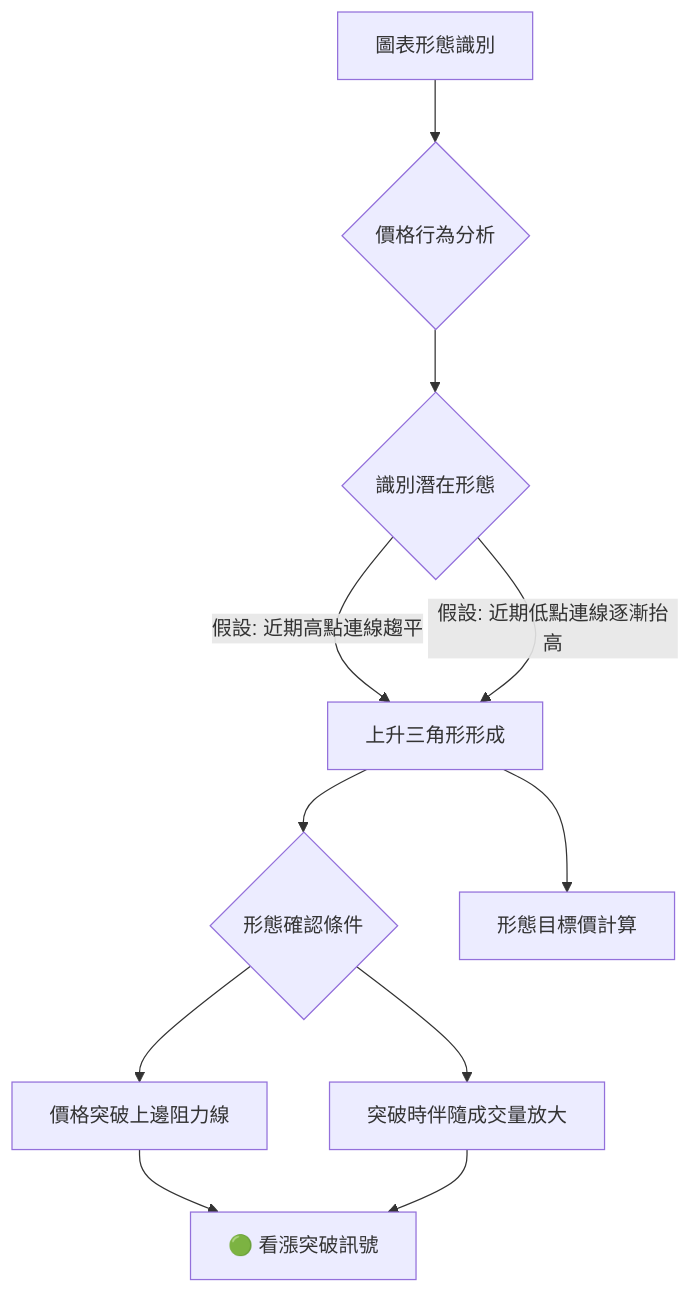
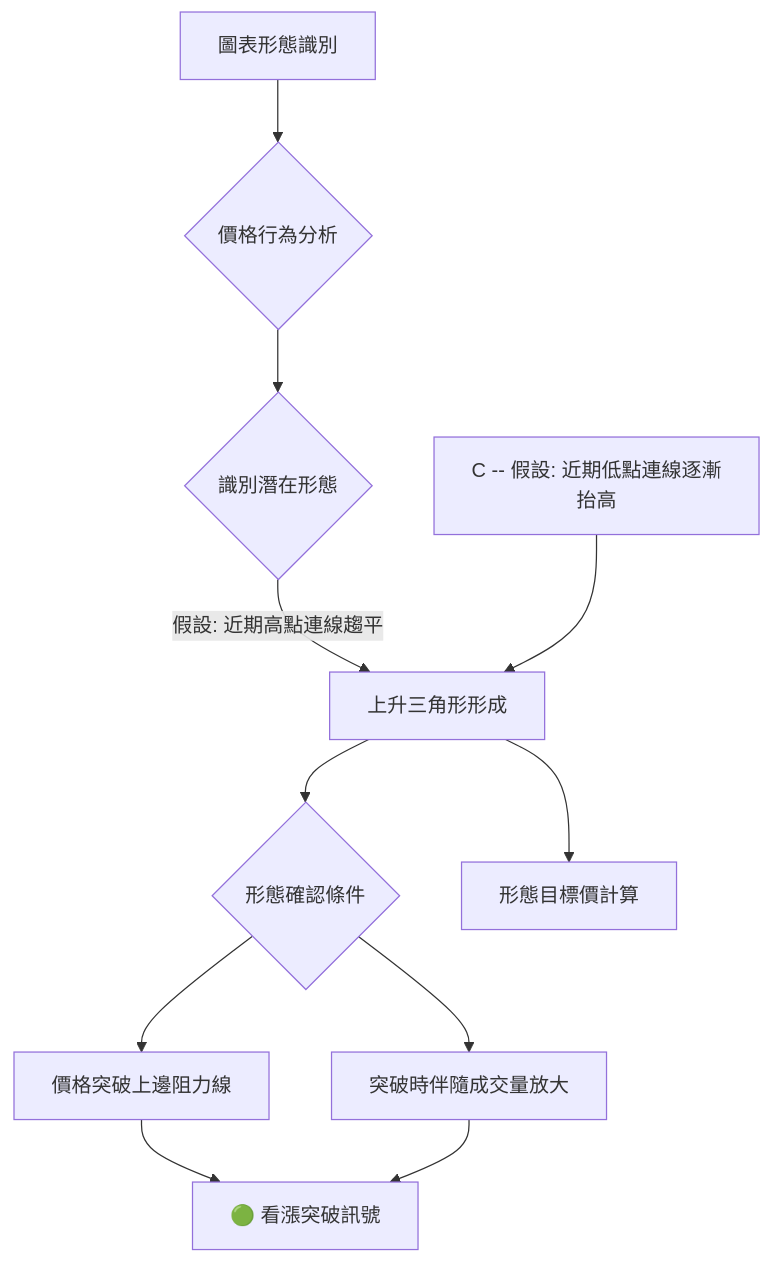
Before and after one commit to yennanliu/finance_data: the fourth of 11 diagrams in ai_gen_report/stock/0050/technical_analysis_2026-06-26_gemini.md, drawn with Mermaid. The commit also changed other lines of this file and 2258 other files, not shown here.

First line of the commit message:
chore: backfill Mermaid syntax repair across existing reports

````diff
--- a/ai_gen_report/stock/0050/technical_analysis_2026-06-26_gemini.md
+++ b/ai_gen_report/stock/0050/technical_analysis_2026-06-26_gemini.md
@@ -219,12 +219,12 @@
 ```mermaid
 graph TD
-    A[圖表形態識別] --> B{價格行為分析}
-    B --> C{識別潛在形態}
-    C -- 假設: 近期高點連線趨平 --> D[上升三角形形成]
-    C -- 假設: 近期低點連線逐漸抬高 --> D
-    D --> E{形態確認條件}
-    E --> F[價格突破上邊阻力線]
-    E --> G[突破時伴隨成交量放大]
-    F & G --> H[🟢 看漲突破訊號]
-    D --> I[形態目標價計算]
+    A["圖表形態識別"] --> B{"價格行為分析"}
+    B --> C{"識別潛在形態"}
+    C -- 假設: 近期高點連線趨平 --> D["上升三角形形成"]
+    nb1["C -- 假設: 近期低點連線逐漸抬高"] --> D
+    D --> E{"形態確認條件"}
+    E --> F["價格突破上邊阻力線"]
+    E --> G["突破時伴隨成交量放大"]
+    F & G --> H["🟢 看漲突破訊號"]
+    D --> I["形態目標價計算"]
 ```
````
